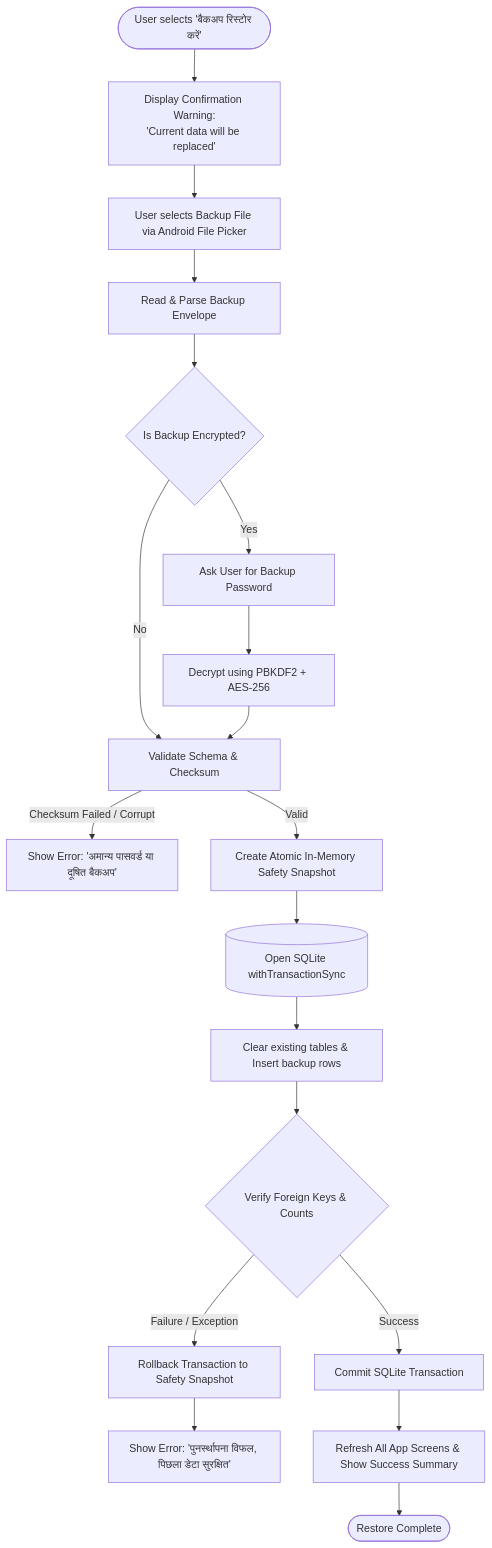
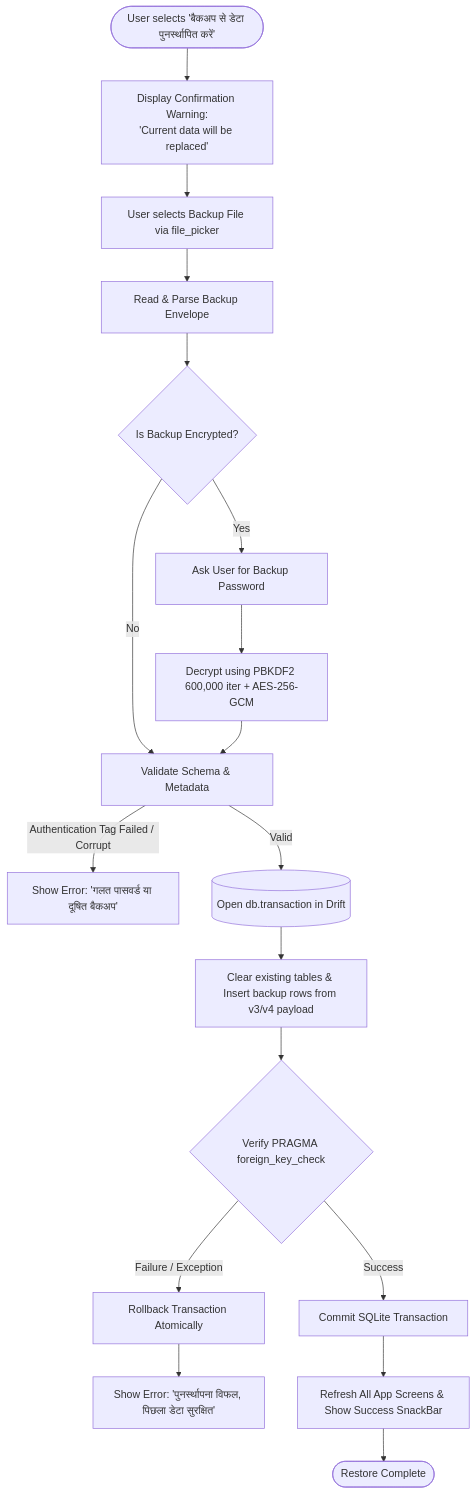
Before and after one commit to igjitendra/Vivah: the fourth of 4 diagrams in docs/USER_FLOWS.md, drawn with Mermaid. The commit also changed other lines of this file and 32 other files, not shown here.

````diff
--- a/docs/USER_FLOWS.md
+++ b/docs/USER_FLOWS.md
@@ -78,21 +79,20 @@
 ```mermaid
 flowchart TD
-    Start([User selects 'बैकअप रिस्टोर करें']) --> Warn[Display Confirmation Warning:\n'Current data will be replaced']
-    Warn --> PickFile[User selects Backup File via Android File Picker]
+    Start([User selects 'बैकअप से डेटा पुनर्स्थापित करें']) --> Warn[Display Confirmation Warning:\n'Current data will be replaced']
+    Warn --> PickFile[User selects Backup File via file_picker]
     PickFile --> ReadEnvelope[Read & Parse Backup Envelope]
     ReadEnvelope --> CheckEnc{Is Backup Encrypted?}
     CheckEnc -->|Yes| PromptPass[Ask User for Backup Password]
-    PromptPass --> Decrypt[Decrypt using PBKDF2 + AES-256]
-    CheckEnc -->|No| ValidateData[Validate Schema & Checksum]
+    PromptPass --> Decrypt[Decrypt using PBKDF2 600,000 iter + AES-256-GCM]
+    CheckEnc -->|No| ValidateData[Validate Schema & Metadata]
     Decrypt --> ValidateData
-    ValidateData -->|Checksum Failed / Corrupt| Reject[Show Error: 'अमान्य पासवर्ड या दूषित बैकअप']
-    ValidateData -->|Valid| Snapshot[Create Atomic In-Memory Safety Snapshot]
-    Snapshot --> OpenTx[(Open SQLite withTransactionSync)]
-    OpenTx --> ReplaceData[Clear existing tables & Insert backup rows]
-    ReplaceData --> VerifyRestored{Verify Foreign Keys & Counts}
+    ValidateData -->|Authentication Tag Failed / Corrupt| Reject[Show Error: 'गलत पासवर्ड या दूषित बैकअप']
+    ValidateData -->|Valid| OpenTx[(Open db.transaction in Drift)]
+    OpenTx --> ReplaceData[Clear existing tables & Insert backup rows from v3/v4 payload]
+    ReplaceData --> VerifyRestored{Verify PRAGMA foreign_key_check}
     VerifyRestored -->|Success| CommitTx[Commit SQLite Transaction]
-    VerifyRestored -->|Failure / Exception| RollbackTx[Rollback Transaction to Safety Snapshot]
+    VerifyRestored -->|Failure / Exception| RollbackTx[Rollback Transaction Atomically]
     RollbackTx --> RestoreFail[Show Error: 'पुनर्स्थापना विफल, पिछला डेटा सुरक्षित']
-    CommitTx --> RefreshUI[Refresh All App Screens & Show Success Summary]
+    CommitTx --> RefreshUI[Refresh All App Screens & Show Success SnackBar]
     RefreshUI --> End([Restore Complete])
 ```
````
